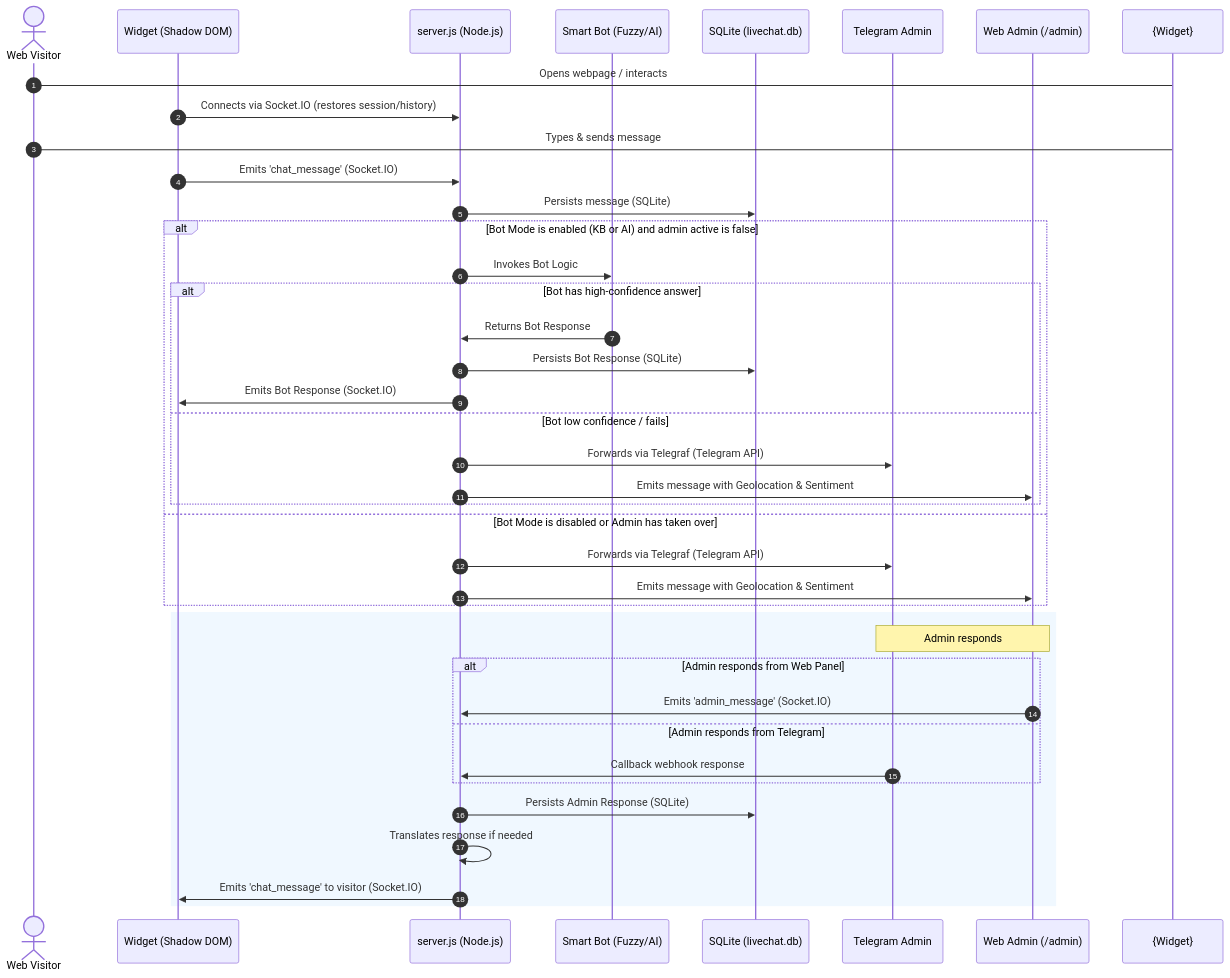
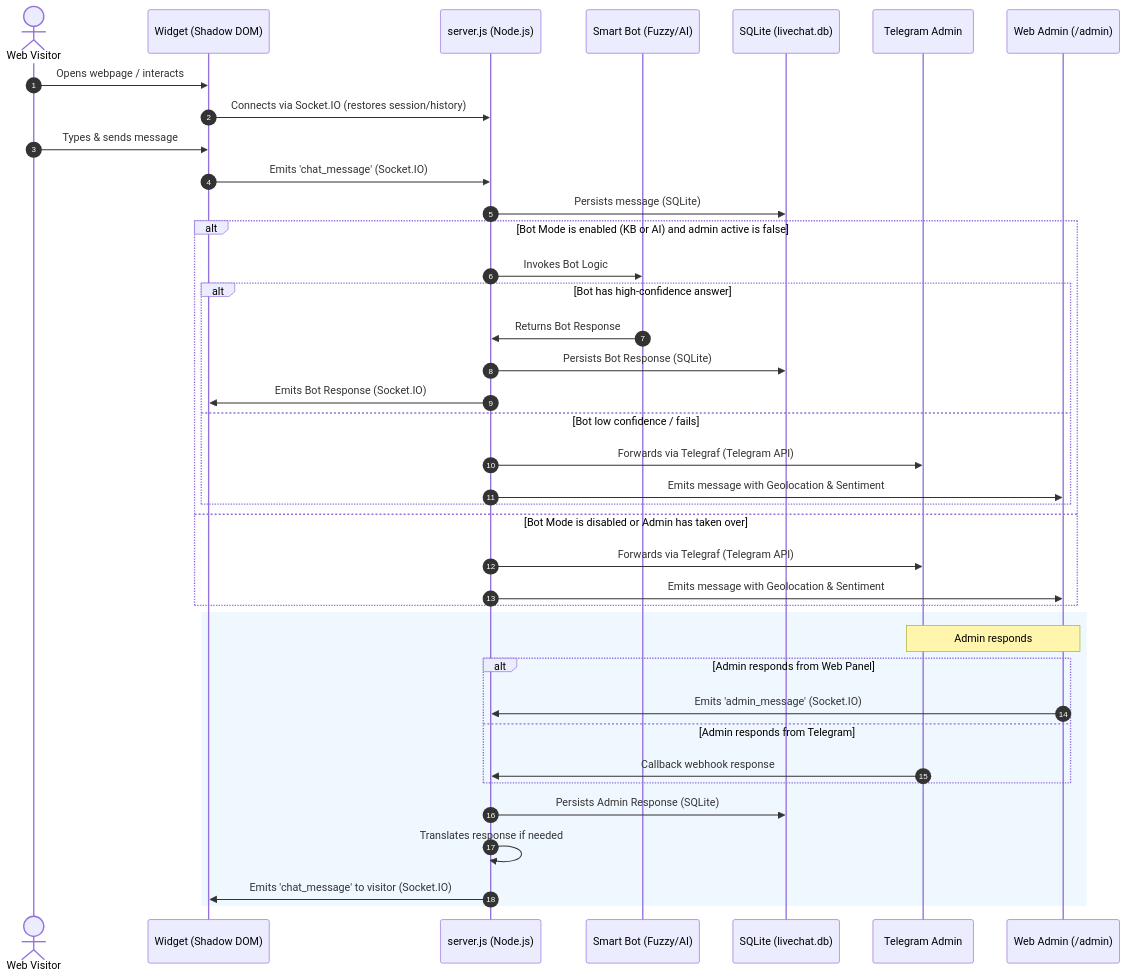
Before and after one commit to wilkinbarban/LiveChat-Pro: the diagram in README.md, drawn with Mermaid.

Commit message:
docs: fix Mermaid sequence diagram syntax in README.md

````diff
--- a/README.md
+++ b/README.md
@@ -581,43 +581,43 @@
 ```mermaid
 sequenceDiagram
     autonumber
     actor Visitor as Web Visitor
     participant Widget as Widget (Shadow DOM)
     participant Server as server.js (Node.js)
     participant Bot as Smart Bot (Fuzzy/AI)
     participant DB as SQLite (livechat.db)
     participant Tele as Telegram Admin
     participant WebAdmin as Web Admin (/admin)
 
-    Visitor->{Widget}: Opens webpage / interacts
+    Visitor->>Widget: Opens webpage / interacts
     Widget->>Server: Connects via Socket.IO (restores session/history)
-    Visitor->{Widget}: Types & sends message
+    Visitor->>Widget: Types & sends message
     Widget->>Server: Emits 'chat_message' (Socket.IO)
     Server->>DB: Persists message (SQLite)
     alt Bot Mode is enabled (KB or AI) and admin active is false
         Server->>Bot: Invokes Bot Logic
         alt Bot has high-confidence answer
             Bot->>Server: Returns Bot Response
             Server->>DB: Persists Bot Response (SQLite)
             Server->>Widget: Emits Bot Response (Socket.IO)
         else Bot low confidence / fails
             Server->>Tele: Forwards via Telegraf (Telegram API)
             Server->>WebAdmin: Emits message with Geolocation & Sentiment
         end
     else Bot Mode is disabled or Admin has taken over
         Server->>Tele: Forwards via Telegraf (Telegram API)
         Server->>WebAdmin: Emits message with Geolocation & Sentiment
     end
     
     rect rgb(240, 248, 255)
         Note over Tele, WebAdmin: Admin responds
         alt Admin responds from Web Panel
             WebAdmin->>Server: Emits 'admin_message' (Socket.IO)
         else Admin responds from Telegram
             Tele->>Server: Callback webhook response
         end
         Server->>DB: Persists Admin Response (SQLite)
         Server->>Server: Translates response if needed
         Server->>Widget: Emits 'chat_message' to visitor (Socket.IO)
     end
 ```
````
